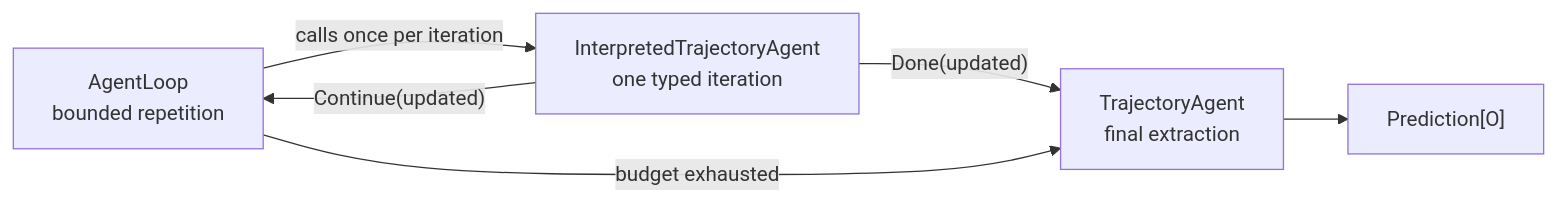
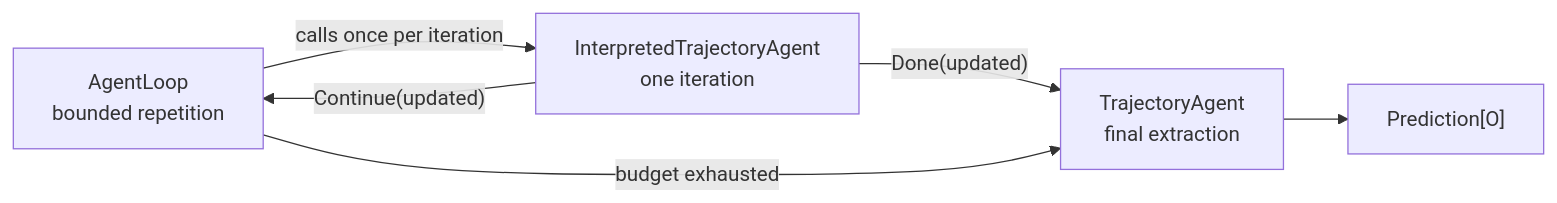
Before and after one commit to jpablo/dspy4s: the second of 3 diagrams in modules/programs/src/main/scala/dspy4s/programs/runtime/InterpretedTrajectoryAgent.md, drawn with Mermaid. The commit also changed other lines of this file and 218 other files, not shown here.

````diff
--- a/modules/programs/src/main/scala/dspy4s/programs/runtime/InterpretedTrajectoryAgent.md
+++ b/modules/programs/src/main/scala/dspy4s/programs/runtime/InterpretedTrajectoryAgent.md
@@ -88,13 +88,13 @@
 ```mermaid
 flowchart LR
     loop["AgentLoop<br/>bounded repetition"]
-    iteration["InterpretedTrajectoryAgent<br/>one typed iteration"]
+    iteration["InterpretedTrajectoryAgent<br/>one iteration"]
     extraction["TrajectoryAgent<br/>final extraction"]
     answer["Prediction[O]"]
 
     loop -->|"calls once per iteration"| iteration
     iteration -->|"Continue(updated)"| loop
     iteration -->|"Done(updated)"| extraction
     loop -->|"budget exhausted"| extraction
     extraction --> answer
 ```
````
